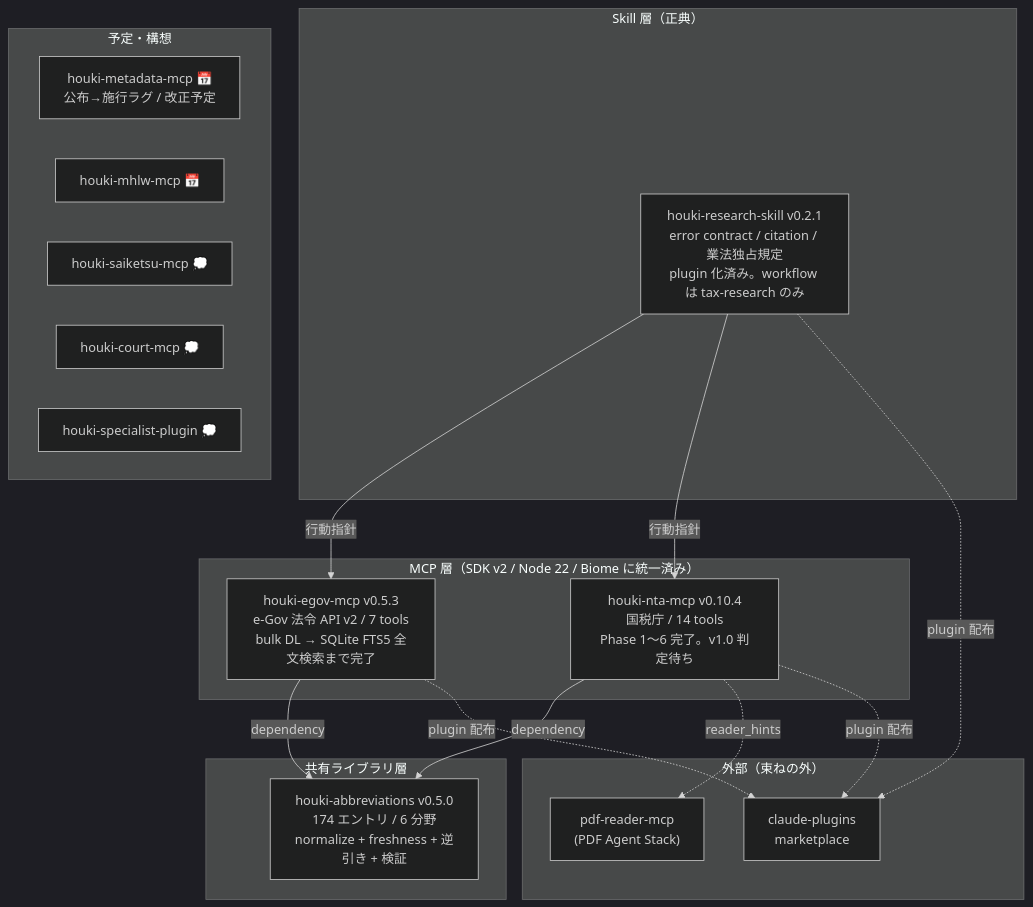
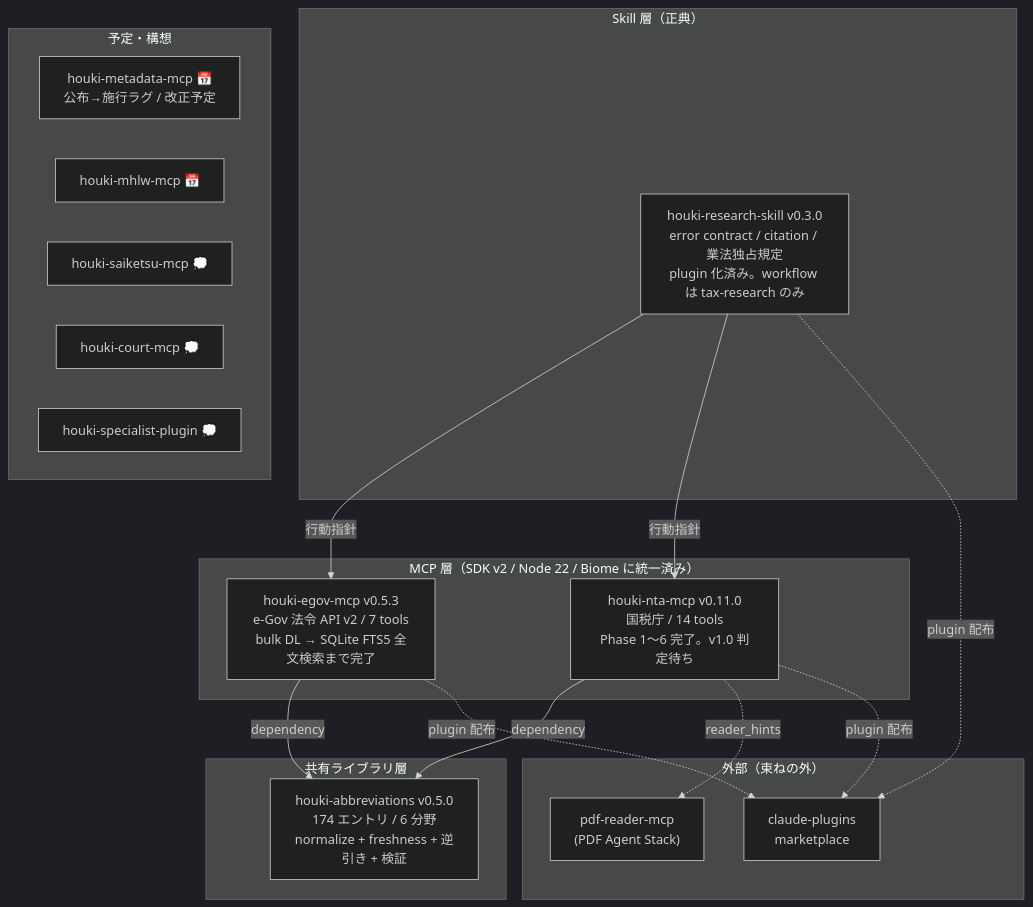
The diagram in docs/ROADMAP.md (shuji-bonji/houki-hub), drawn with Mermaid (dark theme) before and after one commit. The commit also changed other lines of this file and 13 other files, not shown here.

First line of the commit message:
docs: houki-nta-mcp 0.11.0（base_laws）と houki-research 0.3.0 に追随する

````diff
--- a/docs/ROADMAP.md
+++ b/docs/ROADMAP.md
@@ -8,28 +8,28 @@
 ```mermaid
 graph TB
     subgraph Skill層["Skill 層（正典）"]
-        SKILL["houki-research-skill v0.2.1<br/>error contract / citation / 業法独占規定<br/>plugin 化済み。workflow は tax-research のみ"]
+        SKILL["houki-research-skill v0.3.0<br/>error contract / citation / 業法独占規定<br/>plugin 化済み。workflow は tax-research のみ"]
     end
     subgraph MCP層["MCP 層（SDK v2 / Node 22 / Biome に統一済み）"]
         EGOV["houki-egov-mcp v0.5.3<br/>e-Gov 法令 API v2 / 7 tools<br/>bulk DL → SQLite FTS5 全文検索まで完了"]
-        NTA["houki-nta-mcp v0.10.4<br/>国税庁 / 14 tools<br/>Phase 1〜6 完了。v1.0 判定待ち"]
+        NTA["houki-nta-mcp v0.11.0<br/>国税庁 / 14 tools<br/>Phase 1〜6 完了。v1.0 判定待ち"]
     end
     subgraph 共有層["共有ライブラリ層"]
         ABBR["houki-abbreviations v0.5.0<br/>174 エントリ / 6 分野<br/>normalize + freshness + 逆引き + 検証"]
     end
     subgraph 外部["外部（束ねの外）"]
         PDF["pdf-reader-mcp<br/>(PDF Agent Stack)"]
         PLUGINS["claude-plugins<br/>marketplace"]
     end
     SKILL -->|行動指針| EGOV & NTA
     EGOV & NTA -->|dependency| ABBR
     NTA -.->|reader_hints| PDF
     EGOV & NTA & SKILL -.->|plugin 配布| PLUGINS
     subgraph 将来["予定・構想"]
         META["houki-metadata-mcp 📅<br/>公布→施行ラグ / 改正予定"]
         MHLW["houki-mhlw-mcp 📅"]
         SAIKETSU["houki-saiketsu-mcp 💭"]
         COURT["houki-court-mcp 💭"]
         AGENT["houki-specialist-plugin 💭"]
     end
 ```
````
